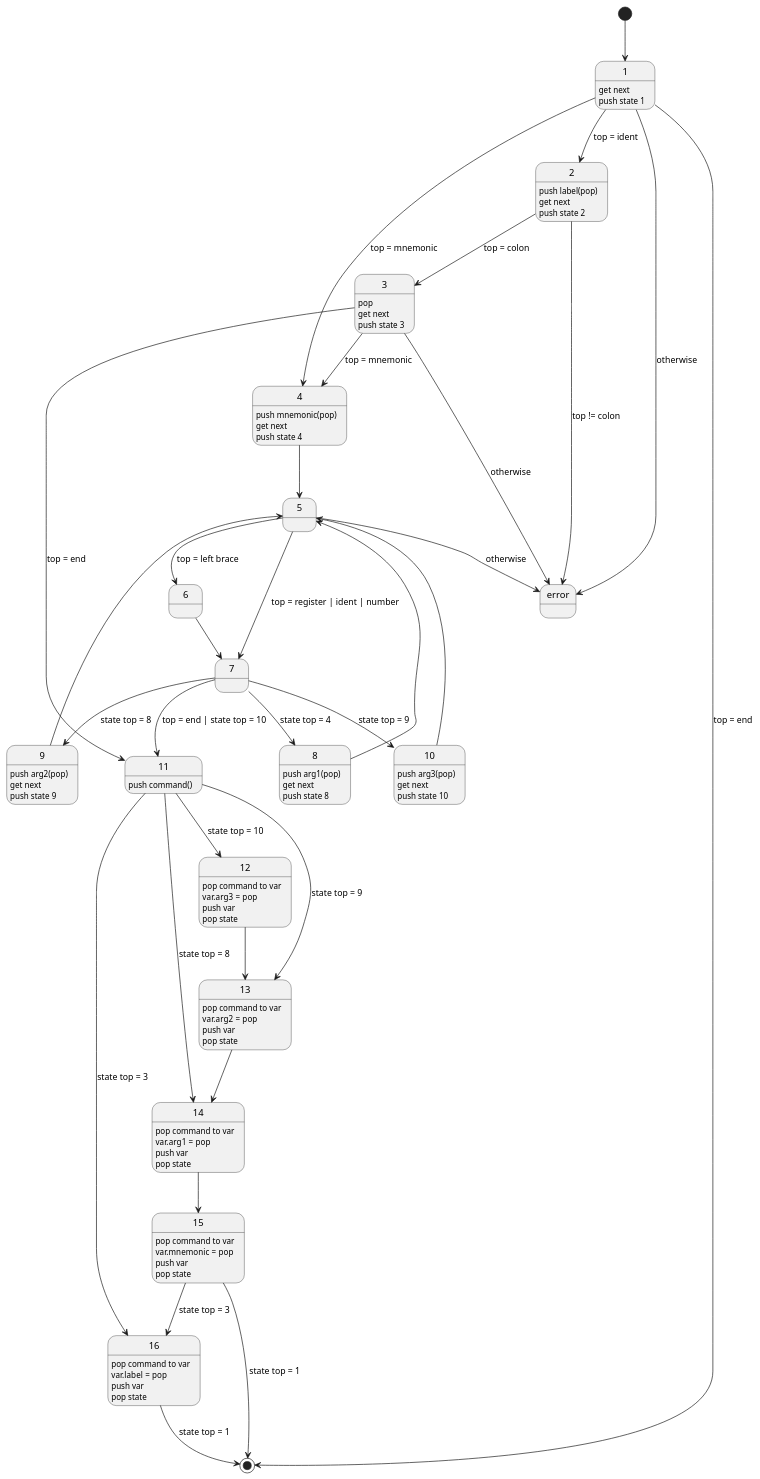
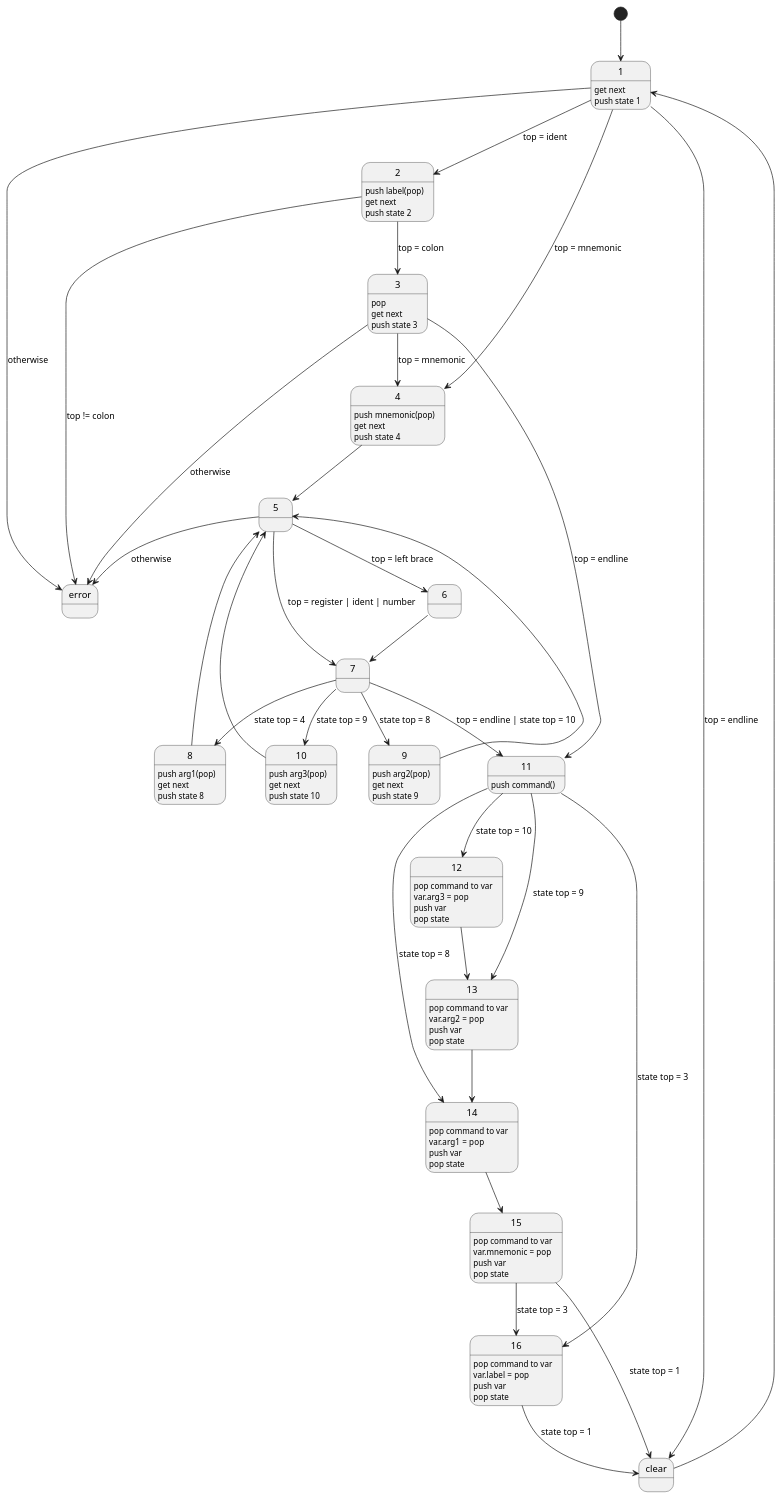
The diagram in state.wsd (Examnes/VM8), drawn with PlantUML before and after one commit. The commit also changed 3 other files, not shown here.

```diff
--- a/state.wsd
+++ b/state.wsd
@@ -1,104 +1,104 @@
 @startuml statechart
 
 [*] --> 1
 1: get next
 1: push state 1
 
 1 --> 2 : top = ident
 1 --> 4 : top = mnemonic
 1 --> error : otherwise
-1 --> [*] : top = end
+1 --> clear : top = endline
 
 2: push label(pop)
 2: get next
 2: push state 2
 
 2 --> 3 : top = colon
 2 --> error : top != colon
 
 3: pop
 3: get next 
 3: push state 3
 
 3 --> 4 : top = mnemonic
 
 3 --> error : otherwise
 
 4: push mnemonic(pop)
 4: get next
 4: push state 4
 
 4 --> 5
 
 5 --> 6 : top = left brace
 5 --> 7 : top = register | ident | number
 5 --> error : otherwise
 
 6 --> 7
 
 7 --> 8 : state top = 4
 7 --> 9 : state top = 8
 7 --> 10 : state top = 9
-7 --> 11 : top = end | state top = 10
+7 --> 11 : top = endline | state top = 10
 
 8: push arg1(pop)
 8: get next
 8: push state 8
 
 9: push arg2(pop)
 9: get next
 9: push state 9
 
 10: push arg3(pop)
 10: get next
 10: push state 10
 
 8 --> 5
 9 --> 5
 10 --> 5
 
-3 --> 11 : top = end 
+3 --> 11 : top = endline 
 
 11 --> 12 : state top = 10
 11 --> 13 : state top = 9
 11 --> 14 : state top = 8
 11 --> 16 : state top = 3
 11: push command()
 
 12: pop command to var
 12: var.arg3 = pop
 12: push var
 12: pop state
 
 12 --> 13
 
 13: pop command to var
 13: var.arg2 = pop
 13: push var
 13: pop state
 
 13 --> 14
 
 14: pop command to var
 14: var.arg1 = pop
 14: push var
 14: pop state
 
 14 --> 15
 
 15: pop command to var
 15: var.mnemonic = pop
 15: push var
 15: pop state 
 
 16: pop command to var
 16: var.label = pop
 16: push var
 16: pop state  
 
 15 --> 16 : state top = 3
-15 --> [*] : state top = 1
-16 --> [*] : state top = 1
-
+15 --> clear : state top = 1
+16 --> clear : state top = 1
+clear --> 1
 
 @enduml
```
